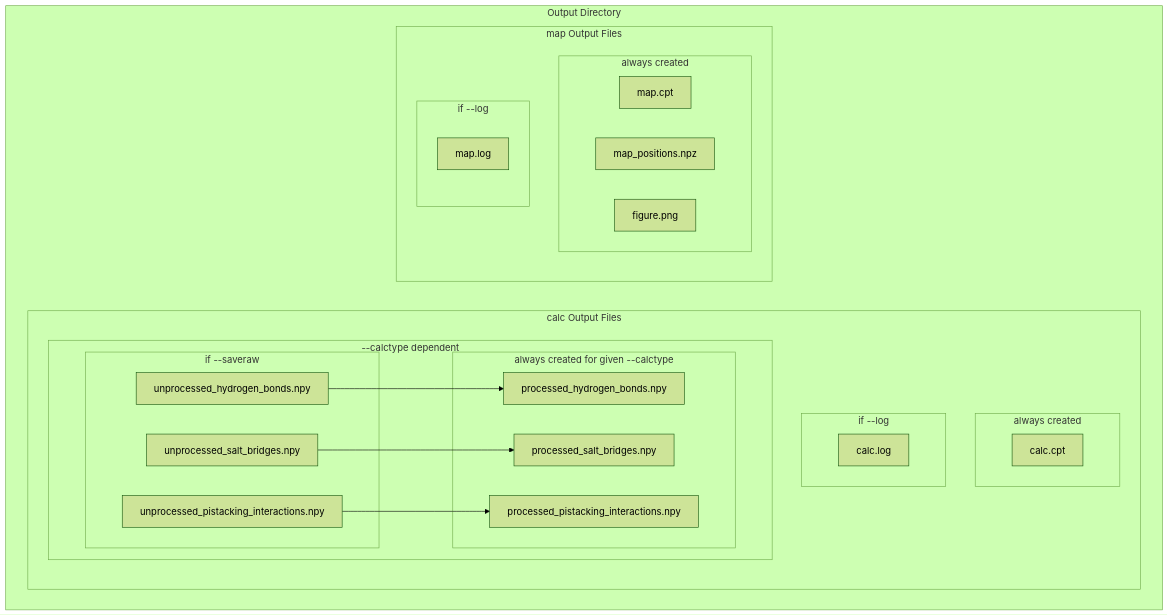
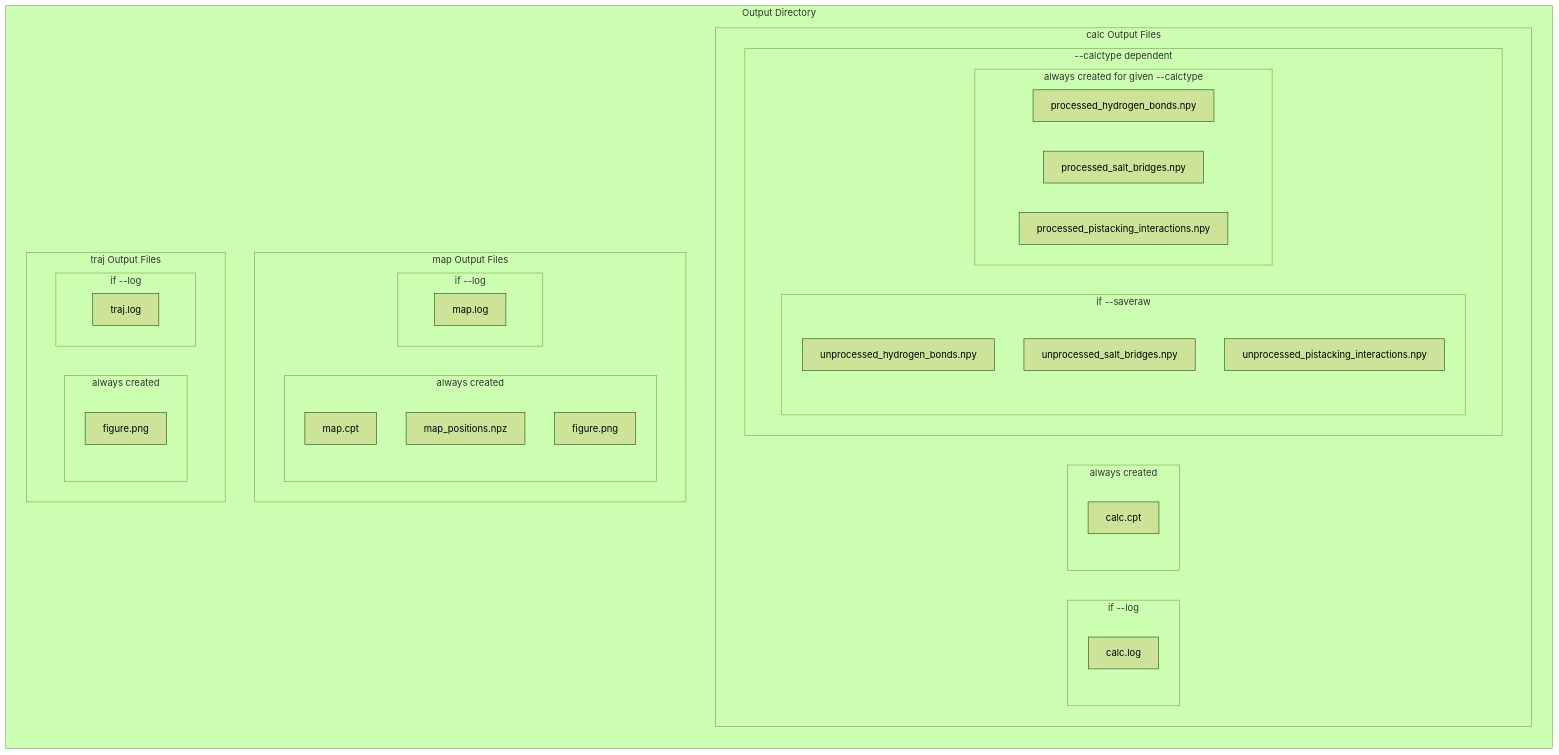
One commit to conor-b-abraham/FibMap changed the diagram in README.md. Above: the diagram before and after it, drawn with Mermaid (forest theme). The commit also changed other lines of this file and 33 other files, not shown here.

````diff
--- a/README.md
+++ b/README.md
@@ -576,38 +660,46 @@
 ```mermaid
 flowchart TB;
 subgraph O[Output Directory]
-  direction LR
+  direction TB
   subgraph C[calc Output Files]
+    subgraph CL[if --log]
+      CLA[calc.log]
+    end
     subgraph CA[always created]
       CAA[calc.cpt]
-    end
-    subgraph CL[if --log]
-      CLA[calc.log]
     end
     subgraph CC[--calctype dependent]
       direction LR
       subgraph CCS[if --saveraw]
           CCSA[unprocessed_hydrogen_bonds.npy]
           CCSB[unprocessed_salt_bridges.npy]
           CCSC[unprocessed_pistacking_interactions.npy]
       end
       subgraph CCA[always created for given --calctype]
-        CCSA-->CCAA[processed_hydrogen_bonds.npy]
-        CCSB-->CCAB[processed_salt_bridges.npy]
-        CCSC-->CCAC[processed_pistacking_interactions.npy]
+        CCAA[processed_hydrogen_bonds.npy]
+        CCAB[processed_salt_bridges.npy]
+        CCAC[processed_pistacking_interactions.npy]
       end
     end
   end
   subgraph M[map Output Files]
     subgraph MA[always created]
       MAA[map.cpt]
       MAB[map_positions.npz]
       MAC[figure.png]
     end
     subgraph ML[if --log]
       MLA[map.log]
     end
   end
+  subgraph T[traj Output Files]
+    subgraph TA[always created]
+      TAB[figure.png]
+    end
+    subgraph TL[if --log]
+      TLA[traj.log]
+    end
+  end
 end
 
 ```
````
